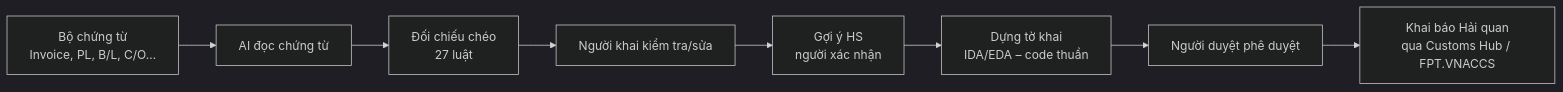
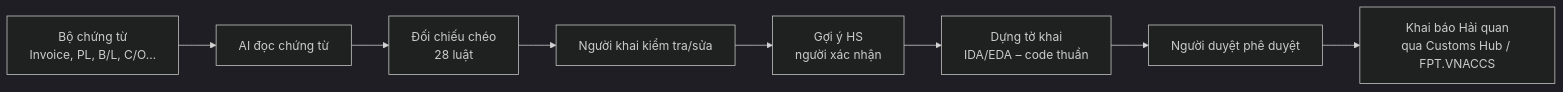
The first of 8 diagrams in docs/QUY-TRINH-NGHIEP-VU.md (minhnhacmu2308/chung-tu-hq), drawn with Mermaid (dark theme) before and after one commit. The commit also changed other lines of this file and 53 other files, not shown here.

````diff
--- a/docs/QUY-TRINH-NGHIEP-VU.md
+++ b/docs/QUY-TRINH-NGHIEP-VU.md
@@ -30,10 +30,10 @@
 ```mermaid
 flowchart LR
   A[Bộ chứng từ<br/>Invoice, PL, B/L, C/O…] --> B[AI đọc chứng từ]
-  B --> C[Đối chiếu chéo<br/>27 luật]
+  B --> C[Đối chiếu chéo<br/>28 luật]
   C --> D[Người khai kiểm tra/sửa]
   D --> E[Gợi ý HS<br/>người xác nhận]
   E --> F[Dựng tờ khai<br/>IDA/EDA – code thuần]
   F --> G[Người duyệt phê duyệt]
   G --> H[Khai báo Hải quan<br/>qua Customs Hub / FPT.VNACCS]
 ```
````
